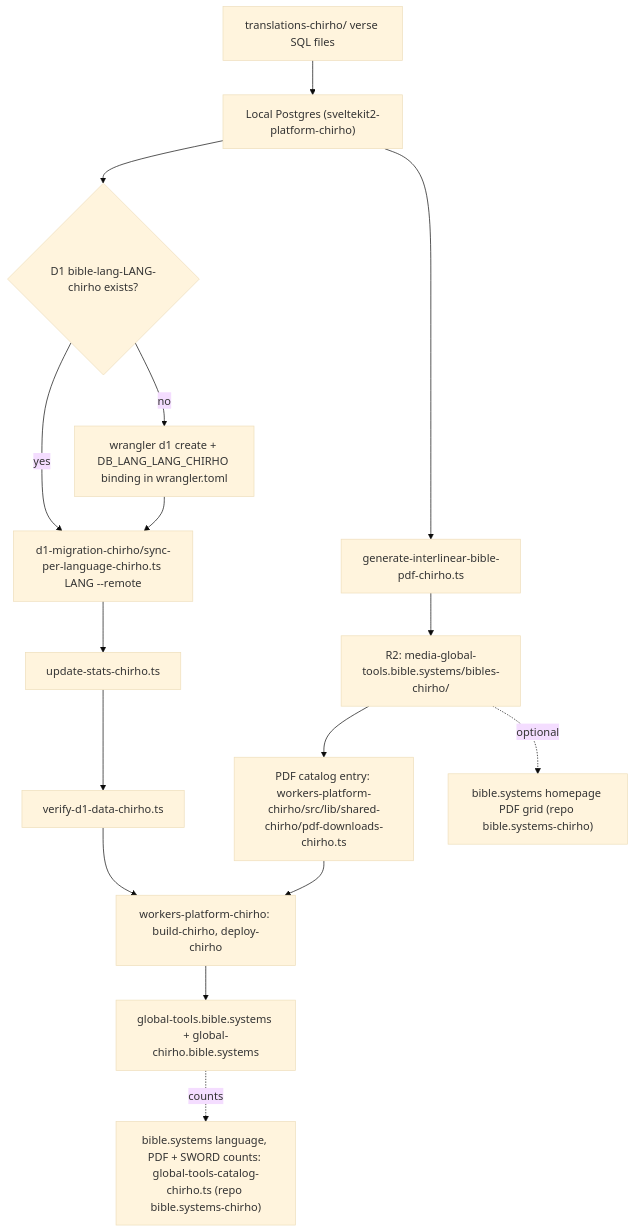
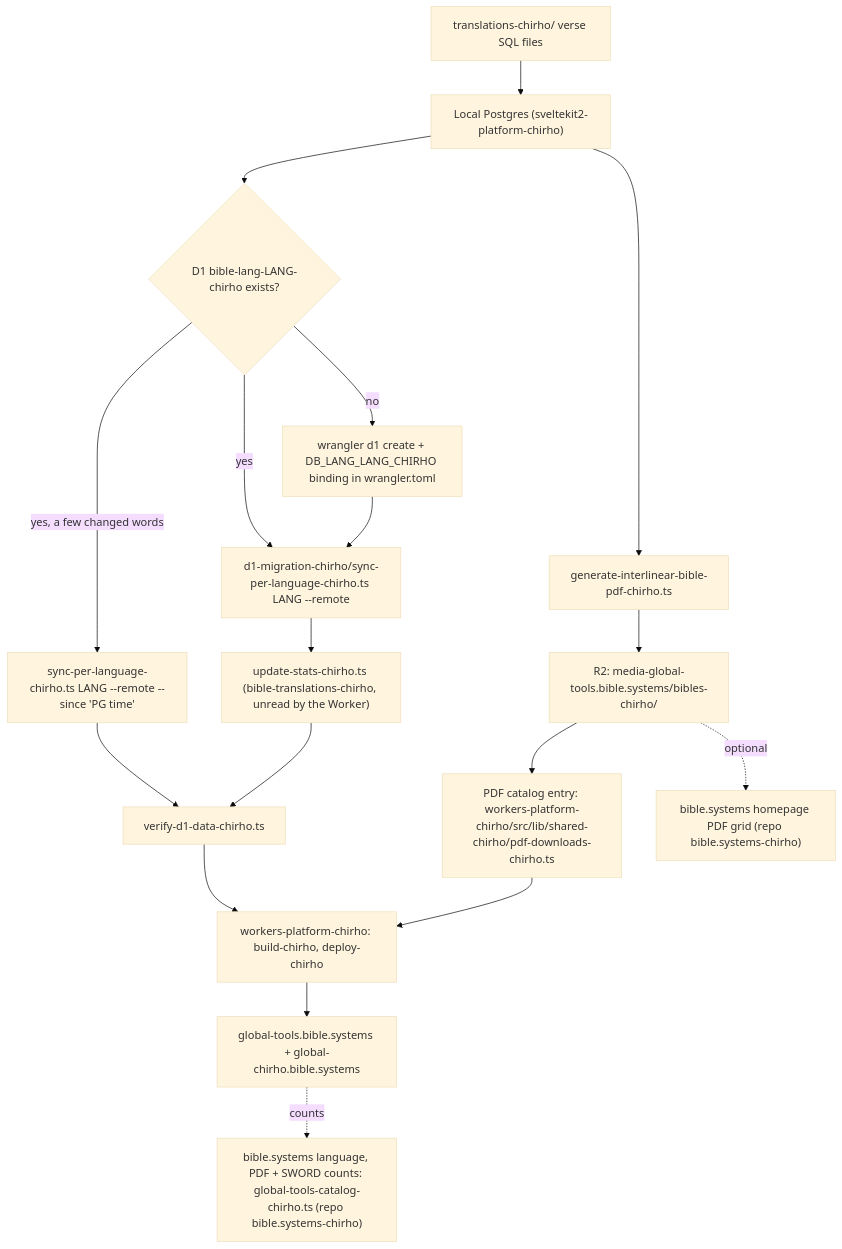
Before and after one commit to loveJesus/global-bible-tools-platform-chirho: the diagram in spec-chirho/workflows-chirho/publish-to-worker-chirho.md, drawn with Mermaid (base theme). The commit also changed other lines of this file and 3 other files, not shown here.

First line of the commit message:
Record the restored local Postgres and translations tree; publish rus/amh gap words

````diff
--- a/spec-chirho/workflows-chirho/publish-to-worker-chirho.md
+++ b/spec-chirho/workflows-chirho/publish-to-worker-chirho.md
@@ -12,18 +13,20 @@
 ```mermaid
 flowchart TD
   sql_chirho["translations-chirho/ verse SQL files"] --> pg_chirho["Local Postgres (sveltekit2-platform-chirho)"]
   pg_chirho --> pdf_chirho["generate-interlinear-bible-pdf-chirho.ts"]
   pdf_chirho --> r2_chirho["R2: media-global-tools.bible.systems/bibles-chirho/"]
   pg_chirho --> exists_chirho{"D1 bible-lang-LANG-chirho exists?"}
   exists_chirho -- no --> create_chirho["wrangler d1 create + DB_LANG_LANG_CHIRHO binding in wrangler.toml"]
   exists_chirho -- yes --> sync_chirho
   create_chirho --> sync_chirho["d1-migration-chirho/sync-per-language-chirho.ts LANG --remote"]
-  sync_chirho --> stats_chirho["update-stats-chirho.ts"]
+  exists_chirho -- "yes, a few changed words" --> since_chirho["sync-per-language-chirho.ts LANG --remote --since 'PG time'"]
+  since_chirho --> verify_chirho
+  sync_chirho --> stats_chirho["update-stats-chirho.ts (bible-translations-chirho, unread by the Worker)"]
   stats_chirho --> verify_chirho["verify-d1-data-chirho.ts"]
   r2_chirho --> catalog_chirho["PDF catalog entry: workers-platform-chirho/src/lib/shared-chirho/pdf-downloads-chirho.ts"]
   verify_chirho --> deploy_chirho["workers-platform-chirho: build-chirho, deploy-chirho"]
   catalog_chirho --> deploy_chirho
   deploy_chirho --> live_chirho["global-tools.bible.systems + global-chirho.bible.systems"]
   r2_chirho -. optional .-> home_chirho["bible.systems homepage PDF grid (repo bible.systems-chirho)"]
   live_chirho -. counts .-> counts_chirho["bible.systems language, PDF + SWORD counts: global-tools-catalog-chirho.ts (repo bible.systems-chirho)"]
 ```
````
